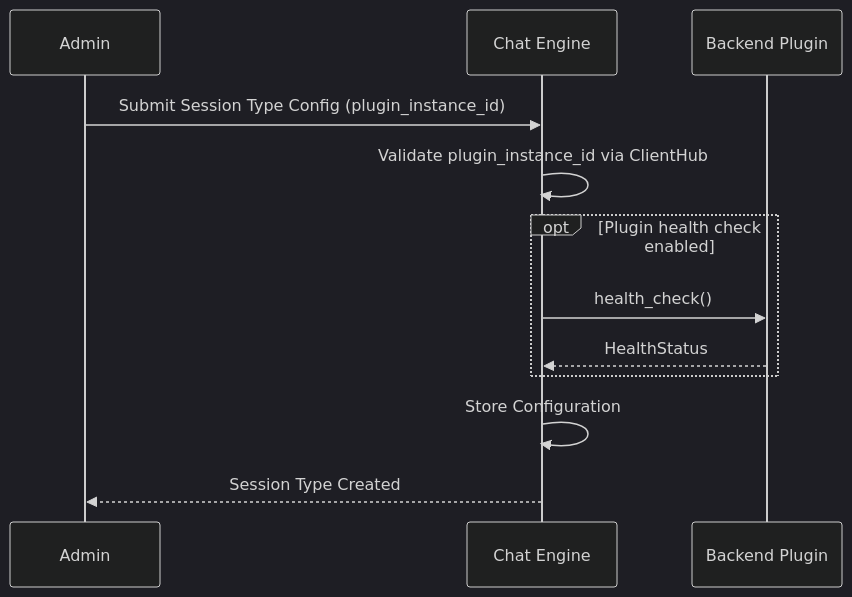
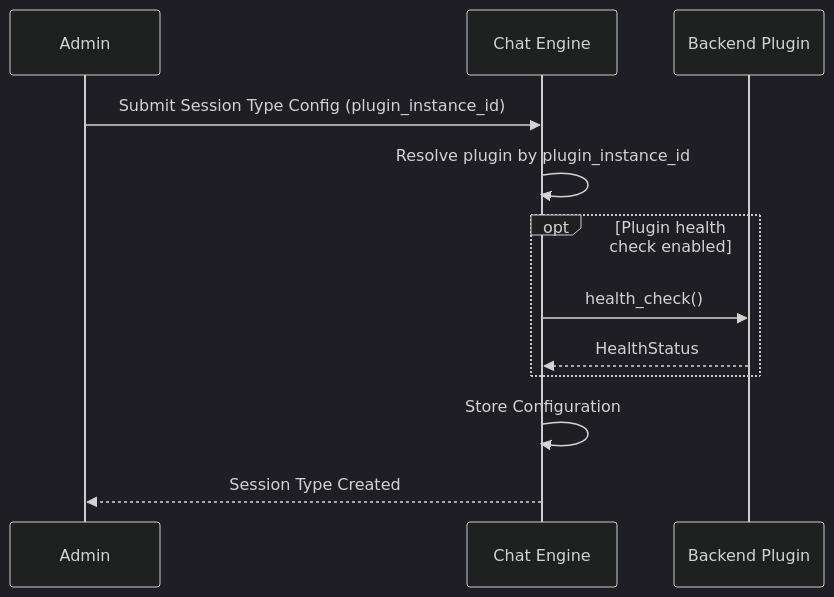
The second of 16 diagrams in modules/chat_engine/DESIGN.md (Ritmix3300/cyberfabric-core), drawn with Mermaid (dark theme) before and after one commit. The commit also changed other lines of this file and 39 other files, not shown here.

Commit message:
add llm gateway plugin with schema extensions

````diff
--- a/modules/chat_engine/DESIGN.md
+++ b/modules/chat_engine/DESIGN.md
@@ -514,18 +513,18 @@
 ```mermaid
 sequenceDiagram
     participant Admin
     participant Chat Engine
     participant Backend Plugin
 
     Admin->>Chat Engine: Submit Session Type Config (plugin_instance_id)
-    Chat Engine->>Chat Engine: Validate plugin_instance_id via ClientHub
+    Chat Engine->>Chat Engine: Resolve plugin by plugin_instance_id
 
     opt Plugin health check enabled
         Chat Engine->>Backend Plugin: health_check()
         Backend Plugin-->>Chat Engine: HealthStatus
     end
 
     Chat Engine->>Chat Engine: Store Configuration
 
     Chat Engine-->>Admin: Session Type Created
 ```
````
